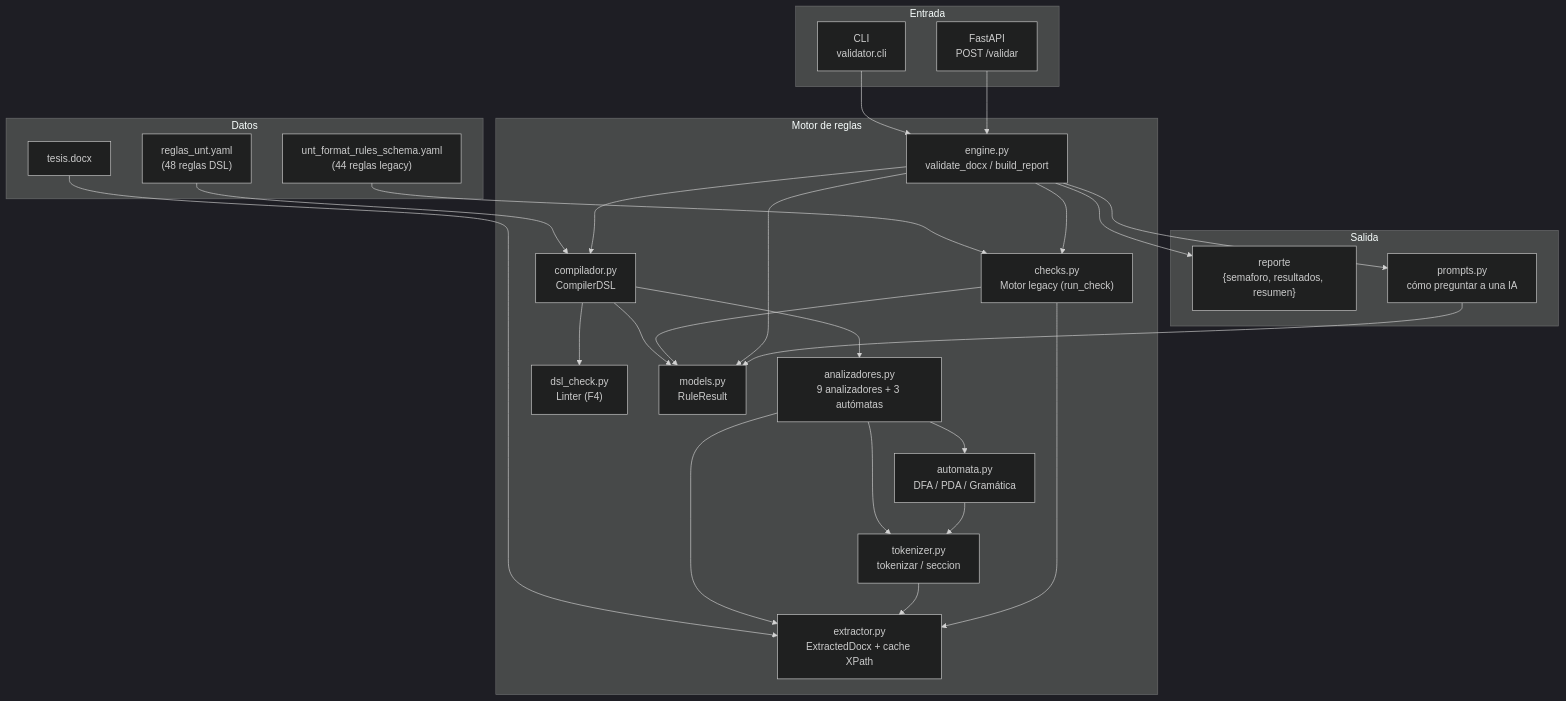
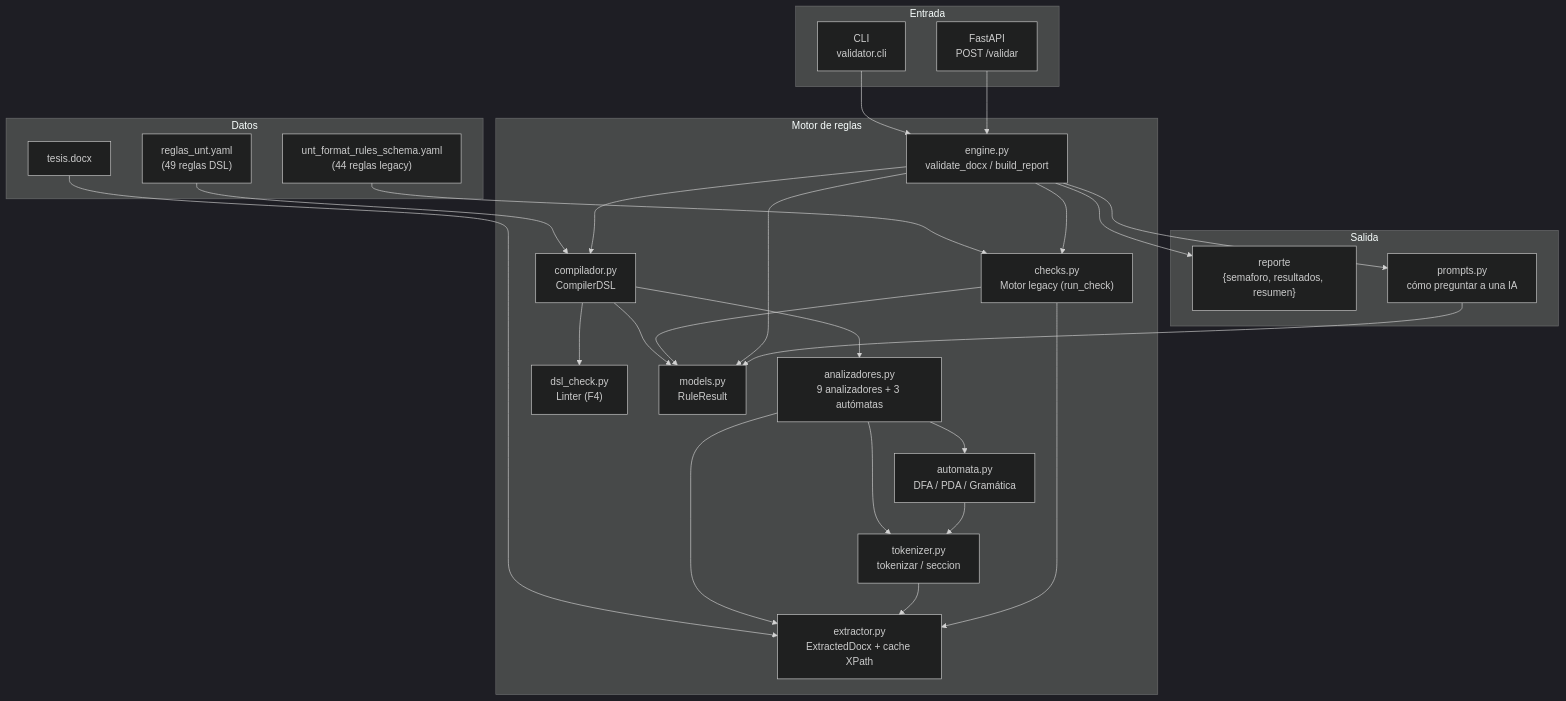
One commit to IvanSanchezSil/vistobueno changed the first of 7 diagrams in docs/diseno/01_arq_motor.md. Above: the diagram before and after it, drawn with Mermaid (dark theme). The commit also changed other lines of this file and 23 other files, not shown here.

````diff
--- a/docs/diseno/01_arq_motor.md
+++ b/docs/diseno/01_arq_motor.md
@@ -29,54 +29,54 @@
 ```mermaid
 flowchart TB
     subgraph ENTRADA["Entrada"]
         CLIENTE["CLI<br/>validator.cli"]
         API["FastAPI<br/>POST /validar"]
     end
 
     subgraph MOTOR["Motor de reglas"]
         ENG["engine.py<br/>validate_docx / build_report"]
         CHK["checks.py<br/>Motor legacy (run_check)"]
         COMP["compilador.py<br/>CompilerDSL"]
         ANAL["analizadores.py<br/>9 analizadores + 3 autómatas"]
         LINT["dsl_check.py<br/>Linter (F4)"]
         AUT["automata.py<br/>DFA / PDA / Gramática"]
         TOK["tokenizer.py<br/>tokenizar / seccion"]
         EXT["extractor.py<br/>ExtractedDocx + cache XPath"]
         MOD["models.py<br/>RuleResult"]
     end
 
     subgraph DATOS["Datos"]
         YAML_LEGACY["unt_format_rules_schema.yaml<br/>(44 reglas legacy)"]
-        YAML_DSL["reglas_unt.yaml<br/>(48 reglas DSL)"]
+        YAML_DSL["reglas_unt.yaml<br/>(49 reglas DSL)"]
         DOCX["tesis.docx"]
     end
 
     subgraph SALIDA["Salida"]
         REP["reporte<br/>{semaforo, resultados, resumen}"]
         PROMPTS["prompts.py<br/>cómo preguntar a una IA"]
     end
 
     CLIENTE --> ENG
     API --> ENG
     DOCX --> EXT
     YAML_LEGACY --> CHK
     YAML_DSL --> COMP
 
     ENG --> CHK
     ENG --> COMP
     COMP --> LINT
     COMP --> ANAL
     ANAL --> AUT
     ANAL --> TOK
     AUT --> TOK
     ANAL --> EXT
     TOK --> EXT
     CHK --> EXT
     COMP --> MOD
     CHK --> MOD
     ENG --> MOD
 
     ENG --> REP
     ENG --> PROMPTS
     PROMPTS --> MOD
 ```
````
